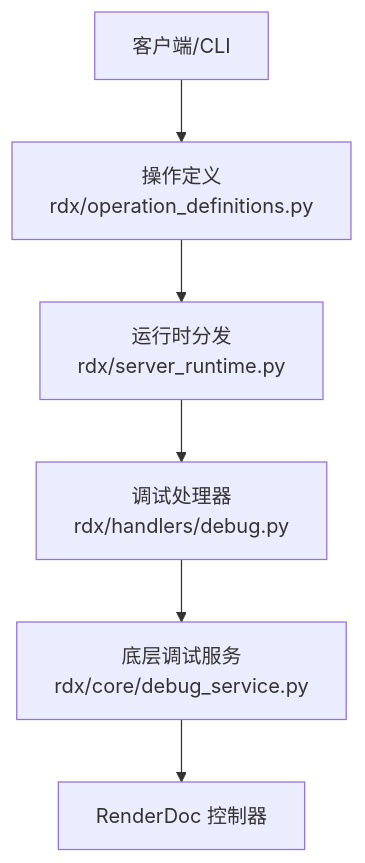
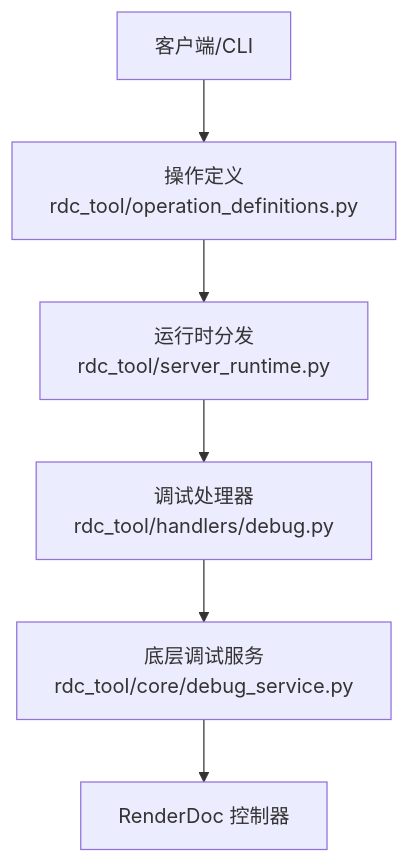
Before and after one commit to haolange/RDC-Tool: the first of 8 diagrams in .qoder/repowiki/zh/content/API规范/Shader调试API.md, drawn with Mermaid. The commit also changed other lines of this file and 388 other files, not shown here.

First line of the commit message:
Release RDC-Tool identity and public maintenance surface

````diff
--- a/.qoder/repowiki/zh/content/API规范/Shader调试API.md
+++ b/.qoder/repowiki/zh/content/API规范/Shader调试API.md
@@ -38,8 +38,8 @@
 ```mermaid
 graph TB
-A["客户端/CLI"] --> B["操作定义<br/>rdx/operation_definitions.py"]
-B --> C["运行时分发<br/>rdx/server_runtime.py"]
-C --> D["调试处理器<br/>rdx/handlers/debug.py"]
-D --> E["底层调试服务<br/>rdx/core/debug_service.py"]
+A["客户端/CLI"] --> B["操作定义<br/>rdc_tool/operation_definitions.py"]
+B --> C["运行时分发<br/>rdc_tool/server_runtime.py"]
+C --> D["调试处理器<br/>rdc_tool/handlers/debug.py"]
+D --> E["底层调试服务<br/>rdc_tool/core/debug_service.py"]
 E --> F["RenderDoc 控制器"]
 ```
````
